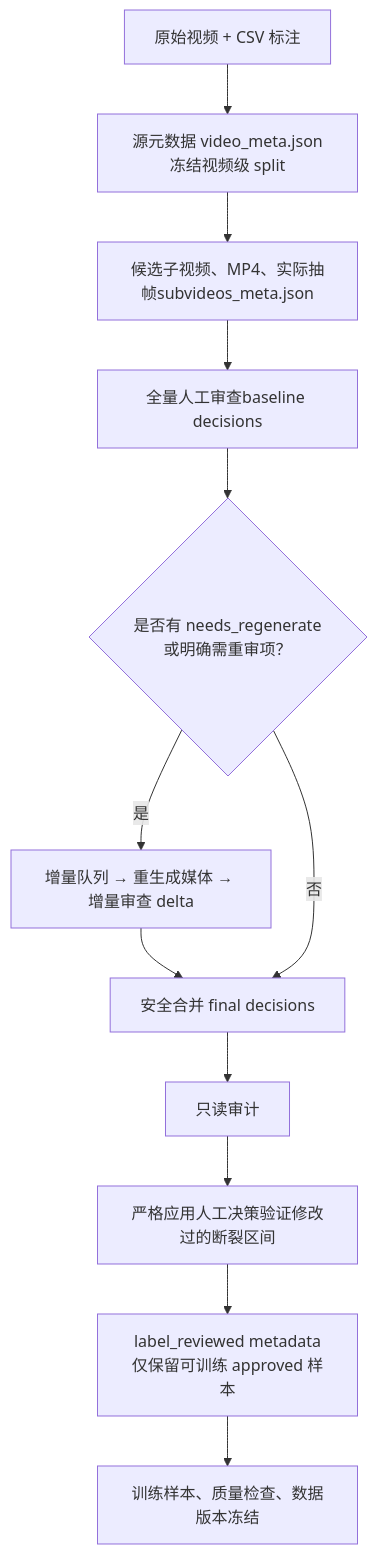
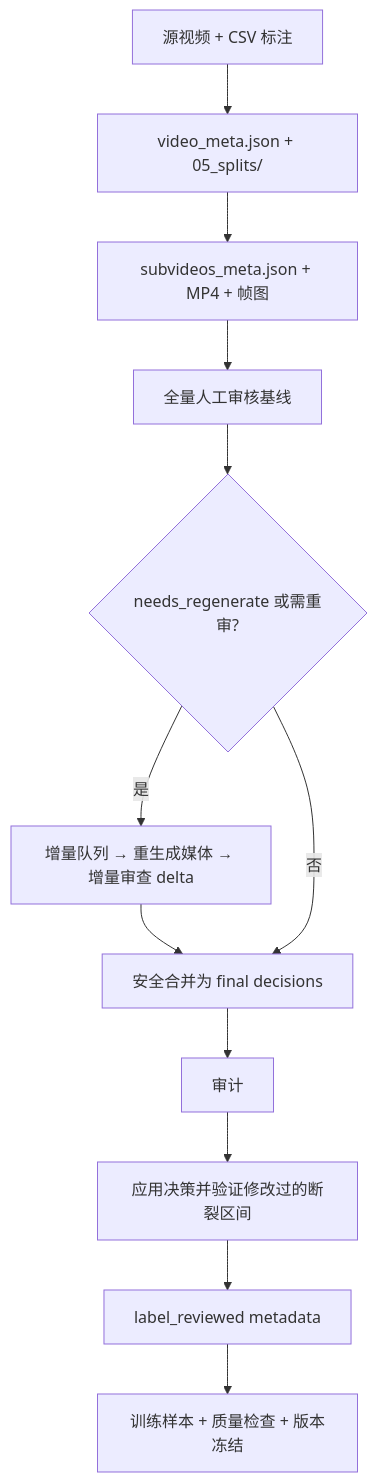
Before and after one commit to PcOffeeP/mVllm_2: the diagram in docs/DATA_PROCESSING_RUNBOOK.md, drawn with Mermaid. The commit also changed other lines of this file and 7 other files, not shown here.

````diff
--- a/docs/DATA_PROCESSING_RUNBOOK.md
+++ b/docs/DATA_PROCESSING_RUNBOOK.md
@@ -9,14 +7,14 @@
 ```mermaid
 flowchart TD
-  A["原始视频 + CSV 标注"] --> B["源元数据 video_meta.json冻结视频级 split"]
-  B --> C["候选子视频、MP4、实际抽帧subvideos_meta.json"]
-  C --> D["全量人工审查baseline decisions"]
-  D --> E{"是否有 needs_regenerate或明确需重审项？"}
+  A["源视频 + CSV 标注"] --> B["video_meta.json + 05_splits/"]
+  B --> C["subvideos_meta.json + MP4 + 帧图"]
+  C --> D["全量人工审核基线"]
+  D --> E{"needs_regenerate 或需重审?"}
   E -- "是" --> F["增量队列 → 重生成媒体 → 增量审查 delta"]
-  F --> G["安全合并 final decisions"]
+  F --> G["安全合并为 final decisions"]
   E -- "否" --> G
-  G --> H["只读审计"]
-  H --> I["严格应用人工决策验证修改过的断裂区间"]
-  I --> J["label_reviewed metadata仅保留可训练 approved 样本"]
-  J --> K["训练样本、质量检查、数据版本冻结"]
+  G --> H["审计"]
+  H --> I["应用决策并验证修改过的断裂区间"]
+  I --> J["label_reviewed metadata"]
+  J --> K["训练样本 + 质量检查 + 版本冻结"]
 ```
````
